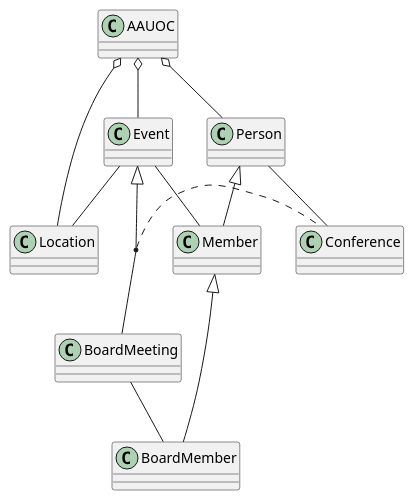
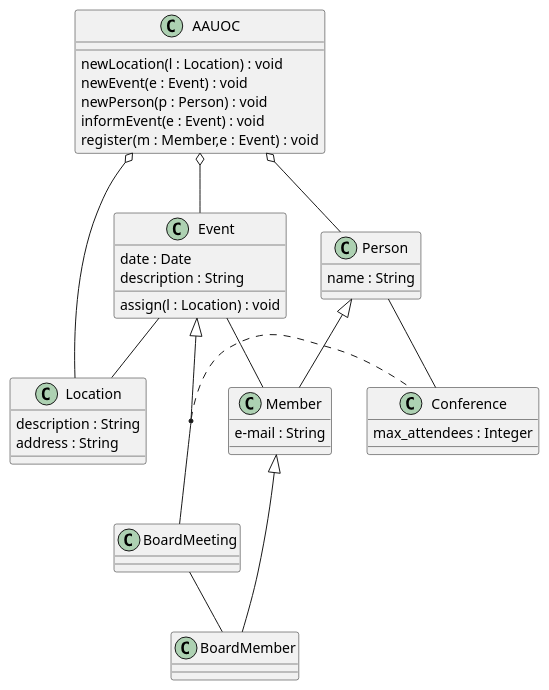
One commit to JuanmaEDE/UMLClasesJuanManuelBelaunde changed the diagram in src/AsociacionAlumnos.puml. Above: the diagram before and after it, drawn with PlantUML.

Commit message:
Creamos todos los métodos y atributos de las clases

```diff
--- a/src/AsociacionAlumnos.puml
+++ b/src/AsociacionAlumnos.puml
@@ -1,20 +1,46 @@
 @startuml
+class AAUOC{
+newLocation(l : Location) : void
+newEvent(e : Event) : void
+newPerson(p : Person) : void
+informEvent(e : Event) : void
+register(m : Member,e : Event) : void
+}
+class Person{
+name : String
+}
+class Location{
+description : String
+address : String
+}
+class Event{
+date : Date
+description : String
+assign(l : Location) : void
+}
+class Conference{
+max_attendees : Integer
+}
+class Member{
+e-mail : String
+}
+
 AAUOC o-- Location
 AAUOC o-- Person
 AAUOC o-- Event
 
 Event <|--BoardMeeting
 
 Event -- Location
 
 
 Person  <|-- Member
 Person -- Conference
 
 Member <|-- BoardMember
 
 Event -- Member
 (BoardMeeting,Event) .Conference
 BoardMeeting -- BoardMember
 
 @enduml
```
